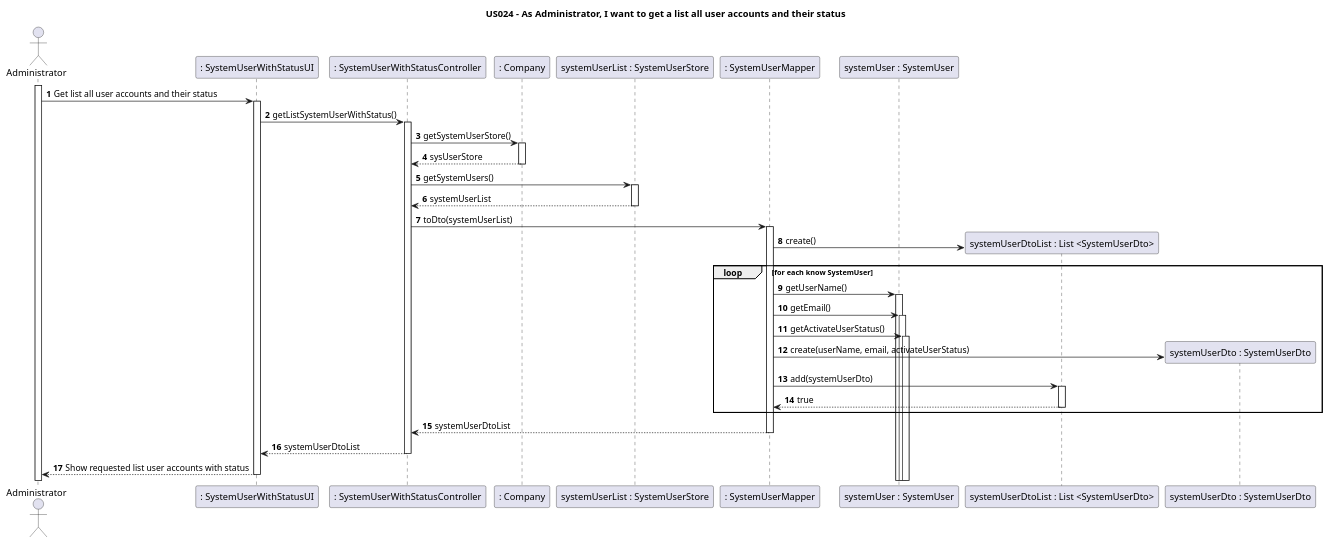
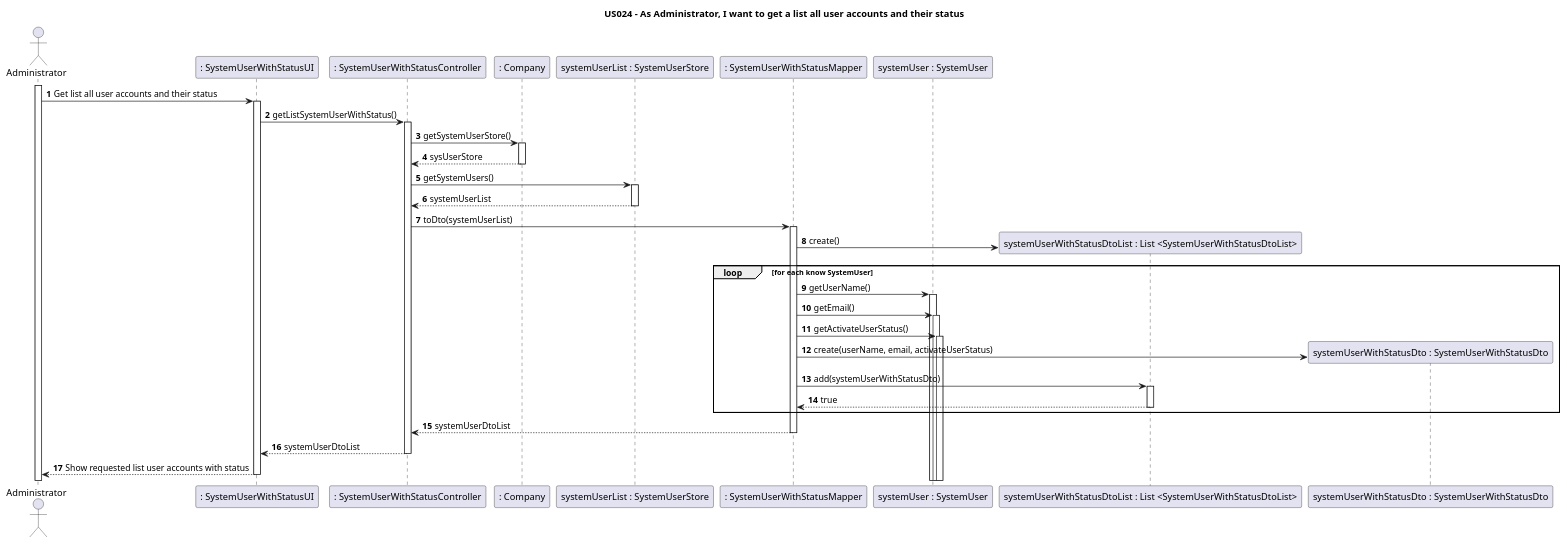
Before and after one commit to nunogon1211787/projectManagement: the diagram in docs/Sprint3/US024/US024-SD.puml, drawn with PlantUML. The commit also changed 6 other files, not shown here.

```diff
--- a/docs/Sprint3/US024/US024-SD.puml
+++ b/docs/Sprint3/US024/US024-SD.puml
@@ -1,46 +1,46 @@
 @startuml
 'https://plantuml.com/sequence-diagram
 
 title US024 - As Administrator, I want to get a list all user accounts and their status
 
 autoactivate on
 autonumber
 
 actor "Administrator" as User
 participant ": SystemUserWithStatusUI" as System
 participant ": SystemUserWithStatusController" as Ctrl
 participant ": Company" as C1
 participant "systemUserList : SystemUserStore" as C2
-participant ": SystemUserMapper" as C3
+participant ": SystemUserWithStatusMapper" as C3
 participant "systemUser : SystemUser" as C4
-participant "systemUserDtoList : List <SystemUserDto>" as C5
-participant "systemUserDto : SystemUserDto" as C6
+participant "systemUserWithStatusDtoList : List <SystemUserWithStatusDtoList>" as C5
+participant "systemUserWithStatusDto : SystemUserWithStatusDto" as C6
 
 
 
 
 activate User
 
 User -> System: Get list all user accounts and their status
 System -> Ctrl: getListSystemUserWithStatus()
 Ctrl-> C1 : getSystemUserStore()
 C1--> Ctrl : sysUserStore
 Ctrl->C2 : getSystemUsers()
 
 C2-->Ctrl : systemUserList
 Ctrl->C3 :toDto(systemUserList)
 
 C3->C5 **: create()
  loop for each know SystemUser
 C3->C4 : getUserName()
 C3->C4 : getEmail()
 C3->C4 : getActivateUserStatus()
 C3-> C6 ** : create(userName, email, activateUserStatus)
-C3->C5 : add(systemUserDto)
+C3->C5 : add(systemUserWithStatusDto)
 C5-->C3 : true
 end
 C3-->Ctrl: systemUserDtoList
 Ctrl-->System : systemUserDtoList
 System-->User : Show requested list user accounts with status
 
 @enduml
```
